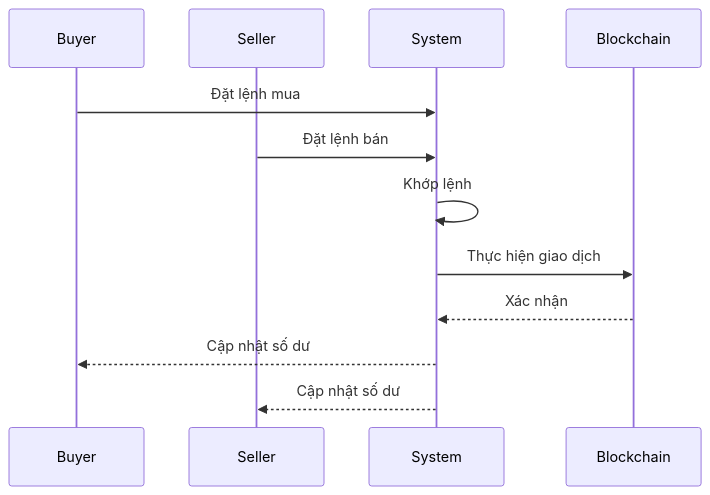
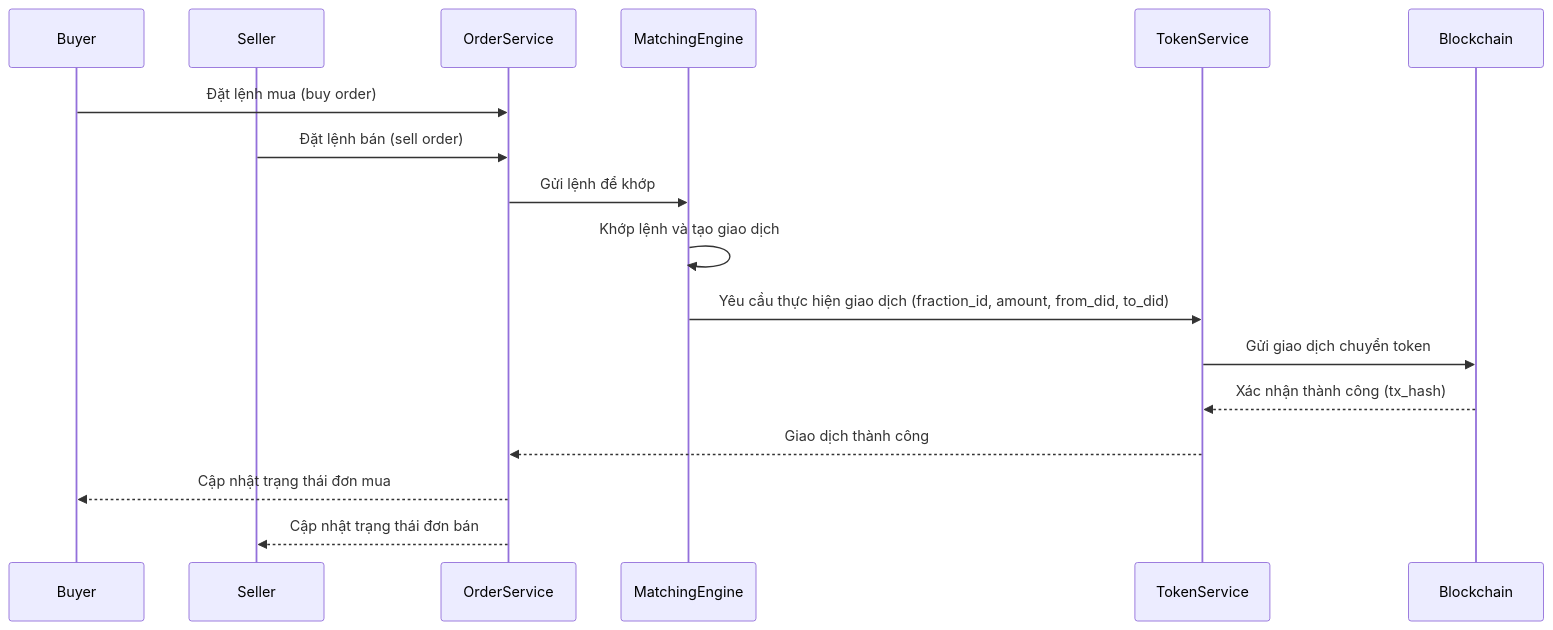
Before and after one commit to metafi-blockchain/metafi-digital-assets-service: the seventh of 8 diagrams in docs/rd.vi.md, drawn with Mermaid. The commit also changed other lines of this file, not shown here.

````diff
--- a/docs/rd.vi.md
+++ b/docs/rd.vi.md
@@ -723,15 +730,23 @@
 ```mermaid
 sequenceDiagram
     participant Buyer
     participant Seller
-    participant System
+    participant OrderService
+    participant MatchingEngine
+    participant TokenService
     participant Blockchain
-    
-    Buyer->>System: Đặt lệnh mua
-    Seller->>System: Đặt lệnh bán
-    System->>System: Khớp lệnh
-    System->>Blockchain: Thực hiện giao dịch
-    Blockchain-->>System: Xác nhận
-    System-->>Buyer: Cập nhật số dư
-    System-->>Seller: Cập nhật số dư
+
+    Buyer->>OrderService: Đặt lệnh mua (buy order)
+    Seller->>OrderService: Đặt lệnh bán (sell order)
+
+    OrderService->>MatchingEngine: Gửi lệnh để khớp
+    MatchingEngine->>MatchingEngine: Khớp lệnh và tạo giao dịch
+    MatchingEngine->>TokenService: Yêu cầu thực hiện giao dịch (fraction_id, amount, from_did, to_did)
+
+    TokenService->>Blockchain: Gửi giao dịch chuyển token
+    Blockchain-->>TokenService: Xác nhận thành công (tx_hash)
+
+    TokenService-->>OrderService: Giao dịch thành công
+    OrderService-->>Buyer: Cập nhật trạng thái đơn mua
+    OrderService-->>Seller: Cập nhật trạng thái đơn bán
 ```
````
